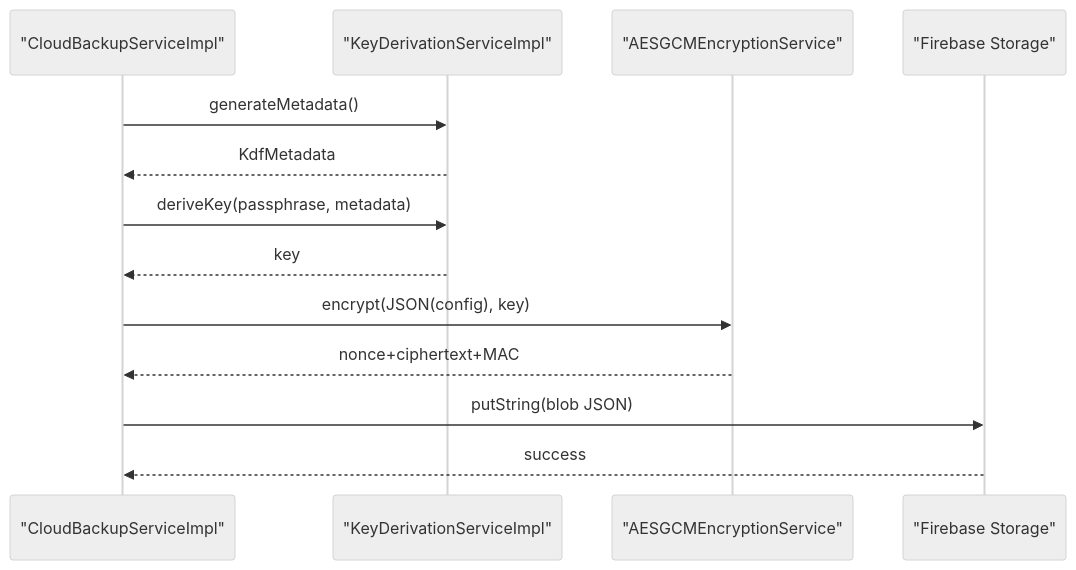
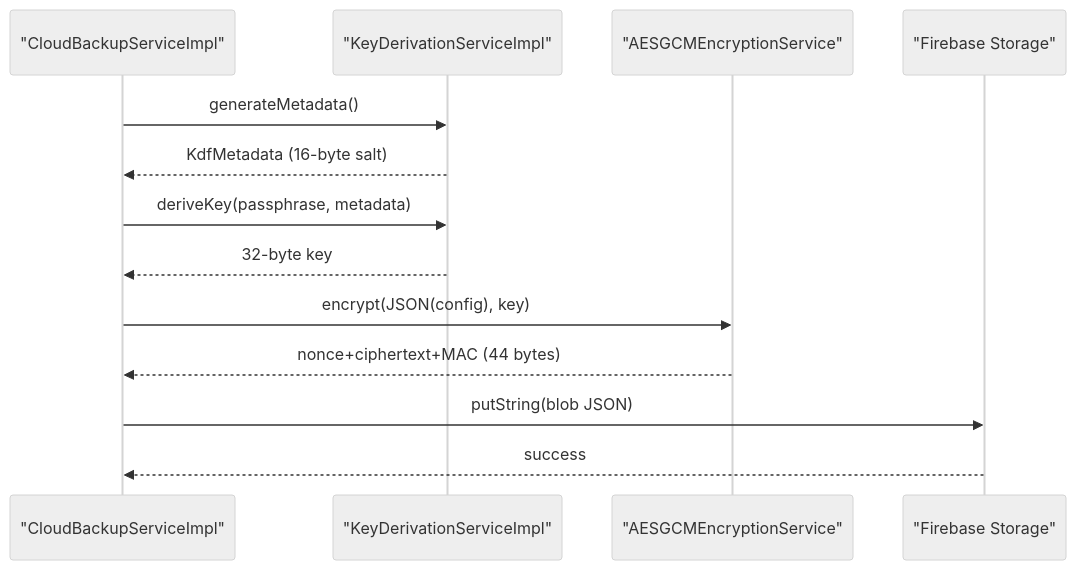
The seventh of 9 diagrams in .qoder/repowiki/en/content/Core Services/Crypto Services/Crypto Services.md (JAaron93/StyleSync), drawn with Mermaid (neutral theme) before and after one commit. The commit also changed other lines of this file and 36 other files, not shown here.

````diff
--- a/.qoder/repowiki/en/content/Core Services/Crypto Services/Crypto Services.md
+++ b/.qoder/repowiki/en/content/Core Services/Crypto Services/Crypto Services.md
@@ -281,15 +298,15 @@
 ```mermaid
 sequenceDiagram
 participant CBS as "CloudBackupServiceImpl"
 participant KDF as "KeyDerivationServiceImpl"
 participant ES as "AESGCMEncryptionService"
 participant FS as "Firebase Storage"
 CBS->>KDF : generateMetadata()
-KDF-->>CBS : KdfMetadata
+KDF-->>CBS : KdfMetadata (16-byte salt)
 CBS->>KDF : deriveKey(passphrase, metadata)
-KDF-->>CBS : key
+KDF-->>CBS : 32-byte key
 CBS->>ES : encrypt(JSON(config), key)
-ES-->>CBS : nonce+ciphertext+MAC
+ES-->>CBS : nonce+ciphertext+MAC (44 bytes)
 CBS->>FS : putString(blob JSON)
 FS-->>CBS : success
 ```
````
